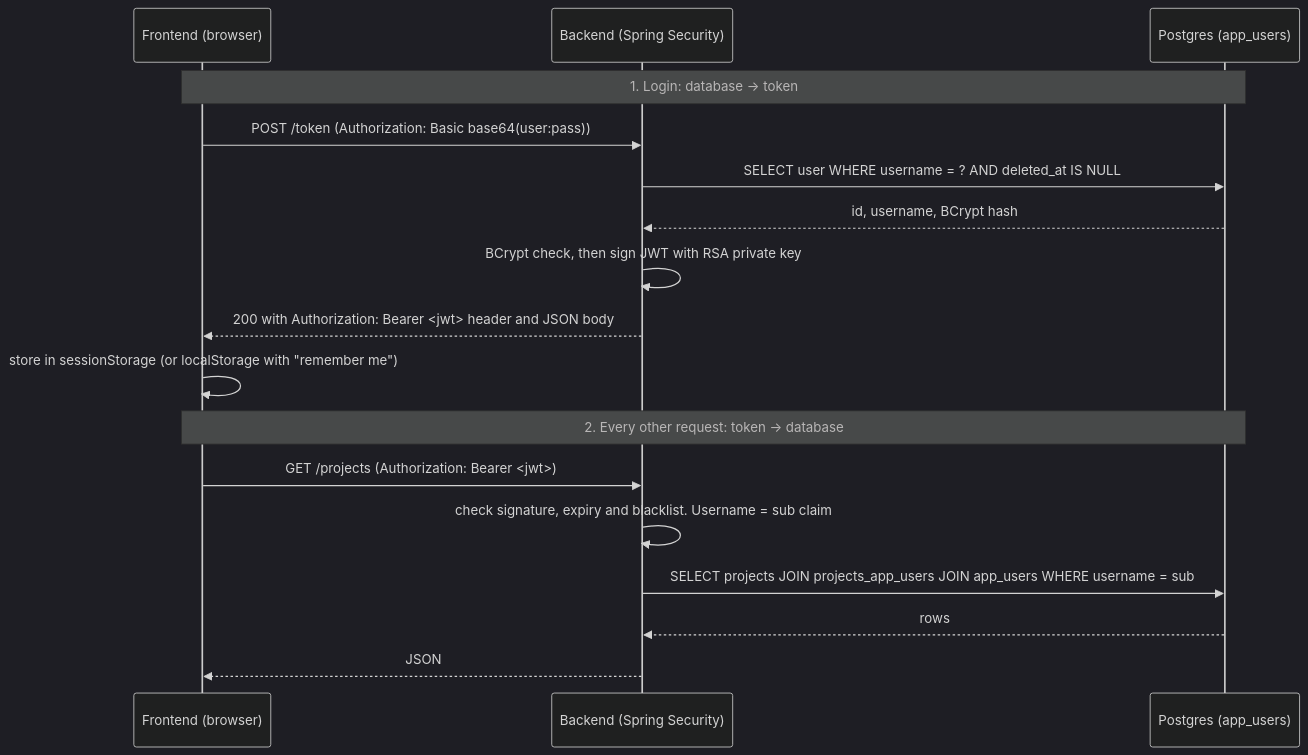
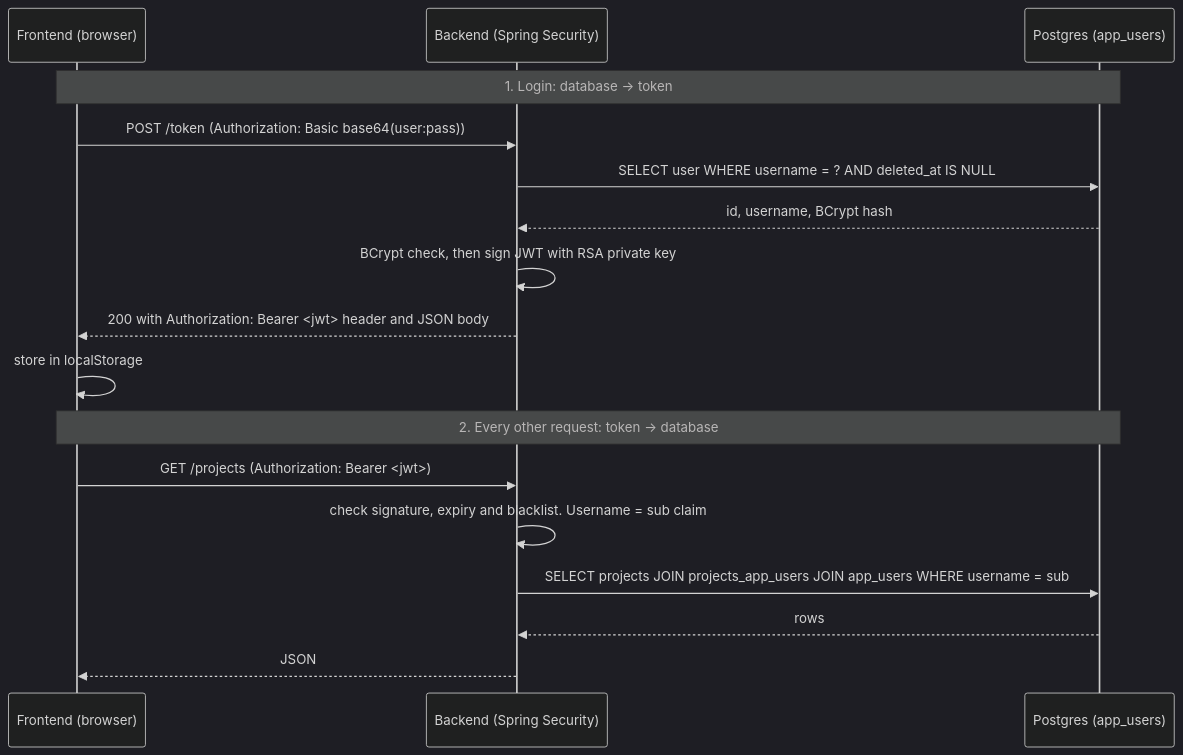
Before and after one commit to fisma-benefit-app/benefit-app: the diagram in documents/guides/authentication.md, drawn with Mermaid (dark theme). The commit also changed other lines of this file and 1 other file, not shown here.

First line of the commit message:
docs: document HTTPS reliance and fix token storage description

````diff
--- a/documents/guides/authentication.md
+++ b/documents/guides/authentication.md
@@ -12,21 +12,21 @@
 ```mermaid
 sequenceDiagram
     participant FE as Frontend (browser)
     participant BE as Backend (Spring Security)
     participant DB as Postgres (app_users)
 
     Note over FE,DB: 1. Login: database → token
     FE->>BE: POST /token (Authorization: Basic base64(user:pass))
     BE->>DB: SELECT user WHERE username = ? AND deleted_at IS NULL
     DB-->>BE: id, username, BCrypt hash
     BE->>BE: BCrypt check, then sign JWT with RSA private key
     BE-->>FE: 200 with Authorization: Bearer <jwt> header and JSON body
-    FE->>FE: store in sessionStorage (or localStorage with "remember me")
+    FE->>FE: store in localStorage
 
     Note over FE,DB: 2. Every other request: token → database
     FE->>BE: GET /projects (Authorization: Bearer <jwt>)
     BE->>BE: check signature, expiry and blacklist. Username = sub claim
     BE->>DB: SELECT projects JOIN projects_app_users JOIN app_users WHERE username = sub
     DB-->>BE: rows
     BE-->>FE: JSON
 ```
````
